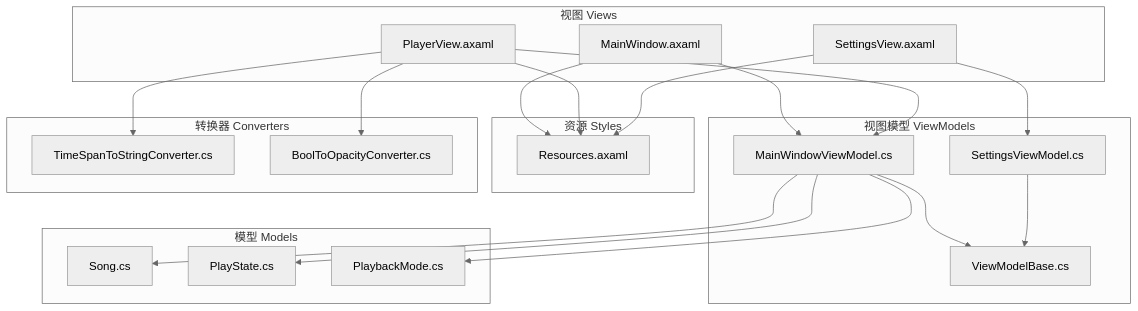
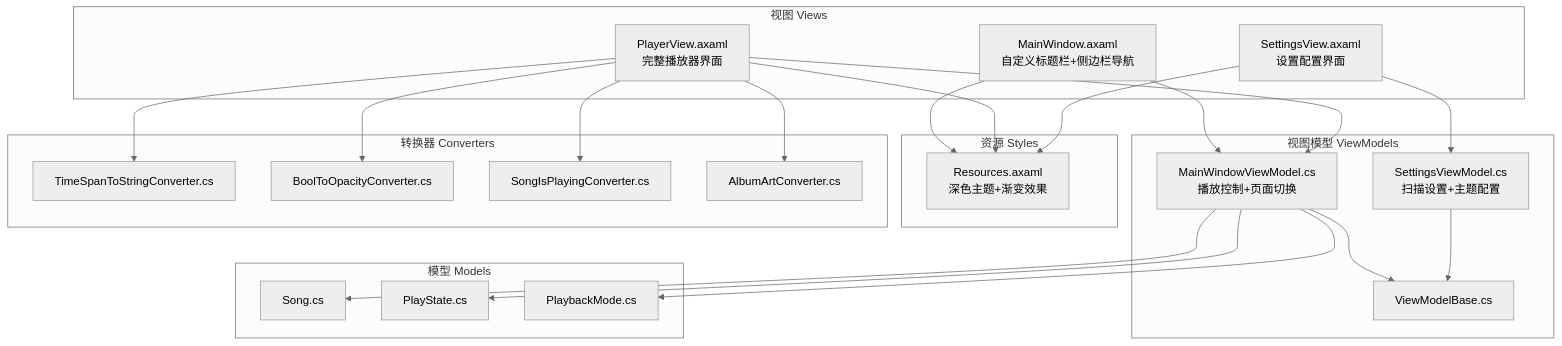
Before and after one commit to mariamjensen42-glitch/LocalMusicPlayer: the first of 8 diagrams in .qoder/repowiki/zh/content/用户界面层/用户界面层.md, drawn with Mermaid (neutral theme). The commit also changed other lines of this file and 14 other files, not shown here.

````diff
--- a/.qoder/repowiki/zh/content/用户界面层/用户界面层.md
+++ b/.qoder/repowiki/zh/content/用户界面层/用户界面层.md
@@ -56,38 +68,42 @@
 ```mermaid
 graph TB
 subgraph "视图 Views"
-MW["MainWindow.axaml"]
-PV["PlayerView.axaml"]
-SV["SettingsView.axaml"]
+MW["MainWindow.axaml<br/>自定义标题栏+侧边栏导航"]
+PV["PlayerView.axaml<br/>完整播放器界面"]
+SV["SettingsView.axaml<br/>设置配置界面"]
 end
 subgraph "视图模型 ViewModels"
-MWMV["MainWindowViewModel.cs"]
-SVMV["SettingsViewModel.cs"]
+MWMV["MainWindowViewModel.cs<br/>播放控制+页面切换"]
+SVMV["SettingsViewModel.cs<br/>扫描设置+主题配置"]
 VMB["ViewModelBase.cs"]
 end
 subgraph "资源 Styles"
-RES["Resources.axaml"]
+RES["Resources.axaml<br/>深色主题+渐变效果"]
 end
 subgraph "转换器 Converters"
 TSC["TimeSpanToStringConverter.cs"]
 BOC["BoolToOpacityConverter.cs"]
+SIPC["SongIsPlayingConverter.cs"]
+AAC["AlbumArtConverter.cs"]
 end
 subgraph "模型 Models"
 SONG["Song.cs"]
 PST["PlayState.cs"]
 PBM["PlaybackMode.cs"]
 end
 MW --> MWMV
 PV --> MWMV
 SV --> SVMV
 MWMV --> VMB
 SVMV --> VMB
 PV --> TSC
 PV --> BOC
+PV --> SIPC
+PV --> AAC
 MW --> RES
 PV --> RES
 SV --> RES
 MWMV --> SONG
 MWMV --> PST
 MWMV --> PBM
 ```
````
